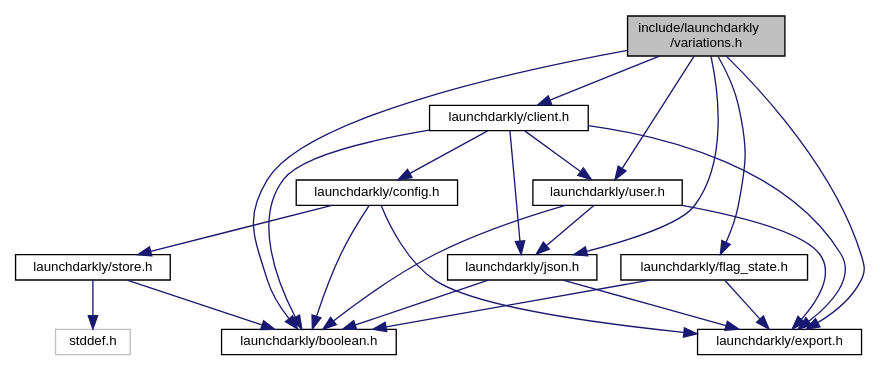
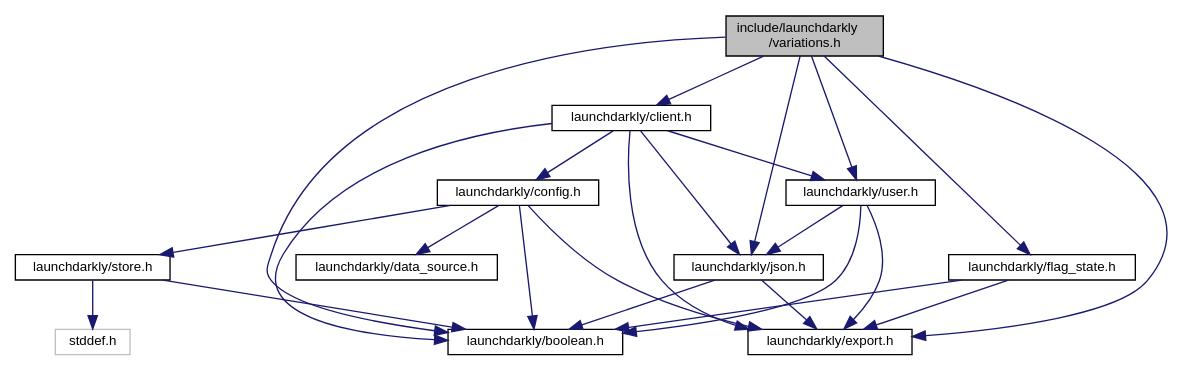
Before and after one commit to launchdarkly/c-server-sdk: the diagram in variations_8h__incl.dot, drawn with Graphviz. The commit also changed 86 other files, not shown here.

```diff
--- a/variations_8h__incl.dot
+++ b/variations_8h__incl.dot
@@ -1,38 +1,40 @@
 digraph "include/launchdarkly/variations.h"
 {
   edge [fontname="Helvetica",fontsize="10",labelfontname="Helvetica",labelfontsize="10"];
   node [fontname="Helvetica",fontsize="10",shape=record];
   Node0 [label="include/launchdarkly\l/variations.h",height=0.2,width=0.4,color="black", fillcolor="grey75", style="filled", fontcolor="black"];
   Node0 -> Node1 [color="midnightblue",fontsize="10",style="solid",fontname="Helvetica"];
   Node1 [label="launchdarkly/boolean.h",height=0.2,width=0.4,color="black", fillcolor="white", style="filled",URL="$boolean_8h.html",tooltip="A custom c89 boolean type. "];
   Node0 -> Node2 [color="midnightblue",fontsize="10",style="solid",fontname="Helvetica"];
   Node2 [label="launchdarkly/client.h",height=0.2,width=0.4,color="black", fillcolor="white", style="filled",URL="$client_8h.html",tooltip="Public API for Client operations. "];
   Node2 -> Node1 [color="midnightblue",fontsize="10",style="solid",fontname="Helvetica"];
   Node2 -> Node3 [color="midnightblue",fontsize="10",style="solid",fontname="Helvetica"];
   Node3 [label="launchdarkly/config.h",height=0.2,width=0.4,color="black", fillcolor="white", style="filled",URL="$config_8h.html",tooltip="Public API for Configuration. "];
   Node3 -> Node1 [color="midnightblue",fontsize="10",style="solid",fontname="Helvetica"];
   Node3 -> Node4 [color="midnightblue",fontsize="10",style="solid",fontname="Helvetica"];
   Node4 [label="launchdarkly/export.h",height=0.2,width=0.4,color="black", fillcolor="white", style="filled",URL="$export_8h.html",tooltip="Public. Configuration of exported symbols. "];
   Node3 -> Node5 [color="midnightblue",fontsize="10",style="solid",fontname="Helvetica"];
   Node5 [label="launchdarkly/store.h",height=0.2,width=0.4,color="black", fillcolor="white", style="filled",URL="$store_8h.html",tooltip="Public API for Store implementations. "];
   Node5 -> Node6 [color="midnightblue",fontsize="10",style="solid",fontname="Helvetica"];
   Node6 [label="stddef.h",height=0.2,width=0.4,color="grey75", fillcolor="white", style="filled"];
   Node5 -> Node1 [color="midnightblue",fontsize="10",style="solid",fontname="Helvetica"];
+  Node3 -> Node7 [color="midnightblue",fontsize="10",style="solid",fontname="Helvetica"];
+  Node7 [label="launchdarkly/data_source.h",height=0.2,width=0.4,color="black", fillcolor="white", style="filled",URL="$data__source_8h.html",tooltip="Public API for data source implementation. "];
   Node2 -> Node4 [color="midnightblue",fontsize="10",style="solid",fontname="Helvetica"];
-  Node2 -> Node7 [color="midnightblue",fontsize="10",style="solid",fontname="Helvetica"];
-  Node7 [label="launchdarkly/json.h",height=0.2,width=0.4,color="black", fillcolor="white", style="filled",URL="$json_8h.html",tooltip="Public API for JSON usage. "];
-  Node7 -> Node1 [color="midnightblue",fontsize="10",style="solid",fontname="Helvetica"];
-  Node7 -> Node4 [color="midnightblue",fontsize="10",style="solid",fontname="Helvetica"];
   Node2 -> Node8 [color="midnightblue",fontsize="10",style="solid",fontname="Helvetica"];
-  Node8 [label="launchdarkly/user.h",height=0.2,width=0.4,color="black", fillcolor="white", style="filled",URL="$user_8h.html",tooltip="Public API for User construction. "];
+  Node8 [label="launchdarkly/json.h",height=0.2,width=0.4,color="black", fillcolor="white", style="filled",URL="$json_8h.html",tooltip="Public API for JSON usage. "];
   Node8 -> Node1 [color="midnightblue",fontsize="10",style="solid",fontname="Helvetica"];
   Node8 -> Node4 [color="midnightblue",fontsize="10",style="solid",fontname="Helvetica"];
-  Node8 -> Node7 [color="midnightblue",fontsize="10",style="solid",fontname="Helvetica"];
+  Node2 -> Node9 [color="midnightblue",fontsize="10",style="solid",fontname="Helvetica"];
+  Node9 [label="launchdarkly/user.h",height=0.2,width=0.4,color="black", fillcolor="white", style="filled",URL="$user_8h.html",tooltip="Public API for User construction. "];
+  Node9 -> Node1 [color="midnightblue",fontsize="10",style="solid",fontname="Helvetica"];
+  Node9 -> Node4 [color="midnightblue",fontsize="10",style="solid",fontname="Helvetica"];
+  Node9 -> Node8 [color="midnightblue",fontsize="10",style="solid",fontname="Helvetica"];
   Node0 -> Node4 [color="midnightblue",fontsize="10",style="solid",fontname="Helvetica"];
-  Node0 -> Node7 [color="midnightblue",fontsize="10",style="solid",fontname="Helvetica"];
   Node0 -> Node8 [color="midnightblue",fontsize="10",style="solid",fontname="Helvetica"];
   Node0 -> Node9 [color="midnightblue",fontsize="10",style="solid",fontname="Helvetica"];
-  Node9 [label="launchdarkly/flag_state.h",height=0.2,width=0.4,color="black", fillcolor="white", style="filled",URL="$flag__state_8h.html",tooltip="Public API associated with LDAllFlagsState. "];
-  Node9 -> Node1 [color="midnightblue",fontsize="10",style="solid",fontname="Helvetica"];
-  Node9 -> Node4 [color="midnightblue",fontsize="10",style="solid",fontname="Helvetica"];
+  Node0 -> Node10 [color="midnightblue",fontsize="10",style="solid",fontname="Helvetica"];
+  Node10 [label="launchdarkly/flag_state.h",height=0.2,width=0.4,color="black", fillcolor="white", style="filled",URL="$flag__state_8h.html",tooltip="Public API associated with LDAllFlagsState. "];
+  Node10 -> Node1 [color="midnightblue",fontsize="10",style="solid",fontname="Helvetica"];
+  Node10 -> Node4 [color="midnightblue",fontsize="10",style="solid",fontname="Helvetica"];
 }
```
